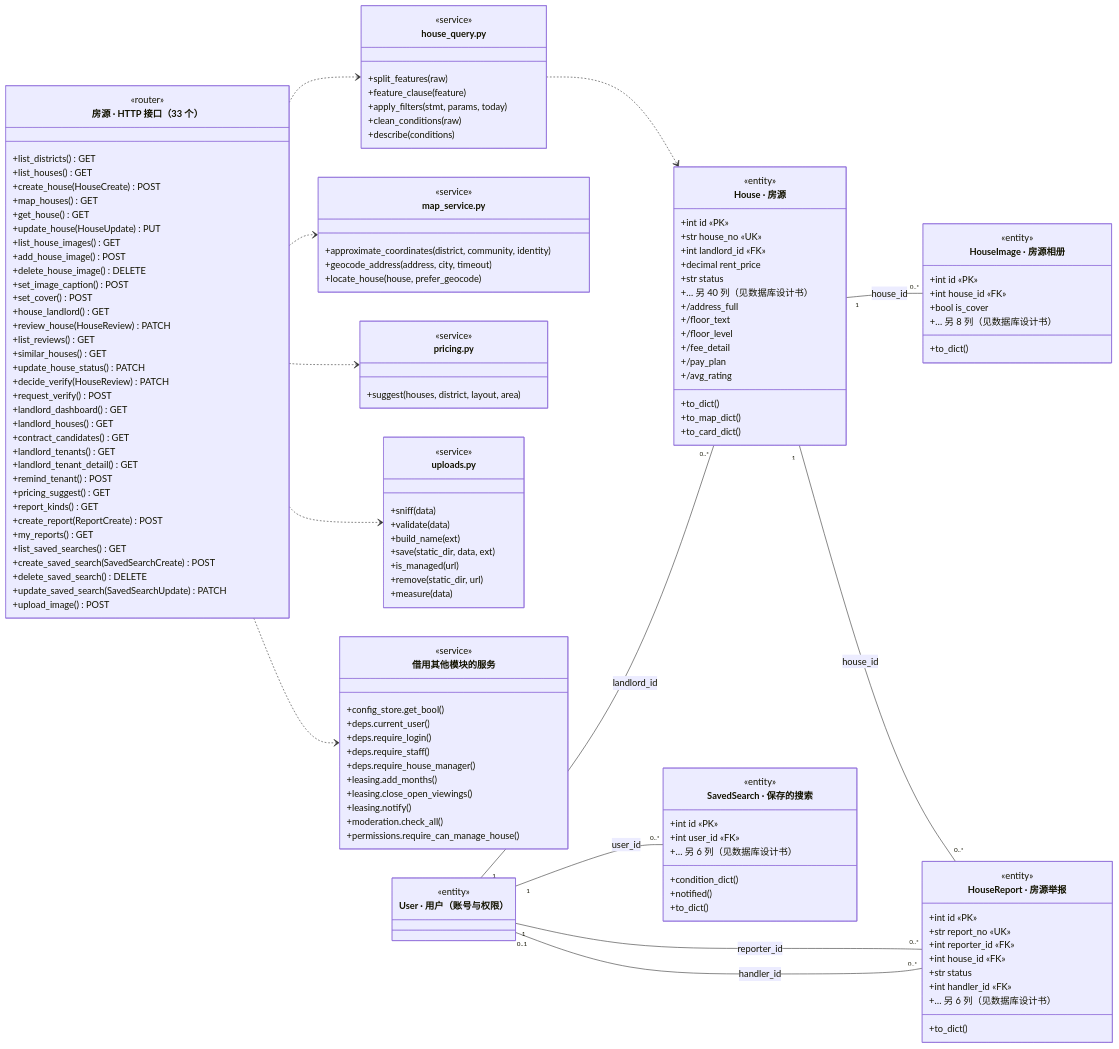
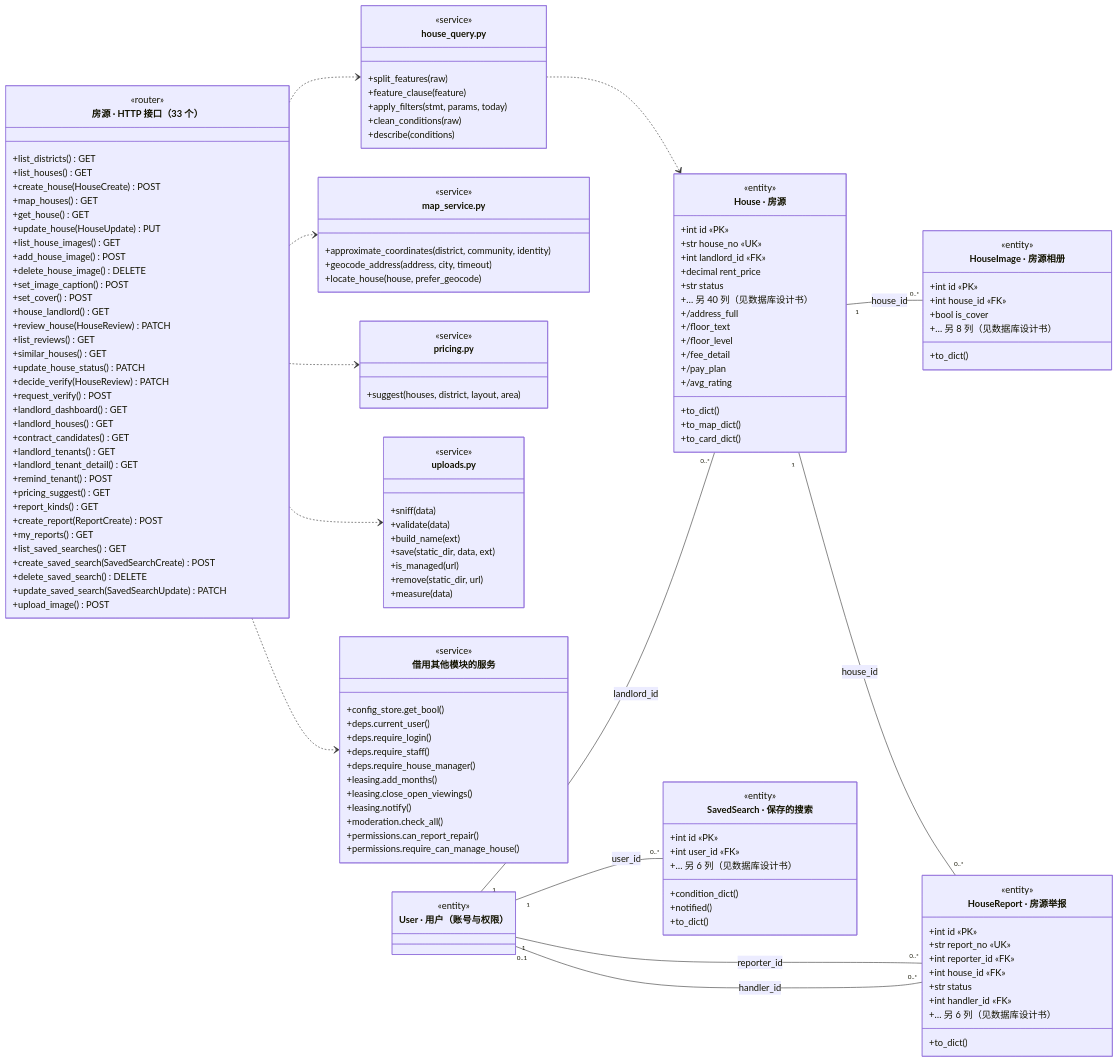
The diagram in docs/图/class_house.mmd (A107586/ai-house-rental), drawn with Mermaid before and after one commit. The commit also changed 32 other files, not shown here.

```diff
--- a/docs/图/class_house.mmd
+++ b/docs/图/class_house.mmd
@@ -1,139 +1,140 @@
 classDiagram
     direction LR
     class Api["房源 · HTTP 接口（33 个）"] {
         <<router>>
         +list_districts() GET
         +list_houses() GET
         +create_house(HouseCreate) POST
         +map_houses() GET
         +get_house() GET
         +update_house(HouseUpdate) PUT
         +list_house_images() GET
         +add_house_image() POST
         +delete_house_image() DELETE
         +set_image_caption() POST
         +set_cover() POST
         +house_landlord() GET
         +review_house(HouseReview) PATCH
         +list_reviews() GET
         +similar_houses() GET
         +update_house_status() PATCH
         +decide_verify(HouseReview) PATCH
         +request_verify() POST
         +landlord_dashboard() GET
         +landlord_houses() GET
         +contract_candidates() GET
         +landlord_tenants() GET
         +landlord_tenant_detail() GET
         +remind_tenant() POST
         +pricing_suggest() GET
         +report_kinds() GET
         +create_report(ReportCreate) POST
         +my_reports() GET
         +list_saved_searches() GET
         +create_saved_search(SavedSearchCreate) POST
         +delete_saved_search() DELETE
         +update_saved_search(SavedSearchUpdate) PATCH
         +upload_image() POST
     }
     class m_house_query["house_query.py"] {
         <<service>>
         +split_features(raw)
         +feature_clause(feature)
         +apply_filters(stmt, params, today)
         +clean_conditions(raw)
         +describe(conditions)
     }
     Api ..> m_house_query
     class m_map_service["map_service.py"] {
         <<service>>
         +approximate_coordinates(district, community, identity)
         +geocode_address(address, city, timeout)
         +locate_house(house, prefer_geocode)
     }
     Api ..> m_map_service
     class m_pricing["pricing.py"] {
         <<service>>
         +suggest(houses, district, layout, area)
     }
     Api ..> m_pricing
     class m_uploads["uploads.py"] {
         <<service>>
         +sniff(data)
         +validate(data)
         +build_name(ext)
         +save(static_dir, data, ext)
         +is_managed(url)
         +remove(static_dir, url)
         +measure(data)
     }
     Api ..> m_uploads
     class m_shared["借用其他模块的服务"] {
         <<service>>
         +config_store.get_bool()
         +deps.current_user()
         +deps.require_login()
         +deps.require_staff()
         +deps.require_house_manager()
         +leasing.add_months()
         +leasing.close_open_viewings()
         +leasing.notify()
         +moderation.check_all()
+        +permissions.can_report_repair()
         +permissions.require_can_manage_house()
     }
     Api ..> m_shared
     class House["House · 房源"] {
         <<entity>>
         +int id «PK»
         +str house_no «UK»
         +int landlord_id «FK»
         +decimal rent_price
         +str status
         +… 另 40 列（见数据库设计书）
         +to_dict()
         +to_map_dict()
         +to_card_dict()
         +/address_full
         +/floor_text
         +/floor_level
         +/fee_detail
         +/pay_plan
         +/avg_rating
     }
     class HouseImage["HouseImage · 房源相册"] {
         <<entity>>
         +int id «PK»
         +int house_id «FK»
         +bool is_cover
         +… 另 8 列（见数据库设计书）
         +to_dict()
     }
     class SavedSearch["SavedSearch · 保存的搜索"] {
         <<entity>>
         +int id «PK»
         +int user_id «FK»
         +… 另 6 列（见数据库设计书）
         +condition_dict()
         +notified()
         +to_dict()
     }
     class HouseReport["HouseReport · 房源举报"] {
         <<entity>>
         +int id «PK»
         +str report_no «UK»
         +int reporter_id «FK»
         +int house_id «FK»
         +str status
         +int handler_id «FK»
         +… 另 6 列（见数据库设计书）
         +to_dict()
     }
     class User["User · 用户（账号与权限）"]
     <<entity>> User
     User "1" -- "0..*" House : landlord_id
     House "1" -- "0..*" HouseImage : house_id
     User "1" -- "0..*" SavedSearch : user_id
     User "1" -- "0..*" HouseReport : reporter_id
     House "1" -- "0..*" HouseReport : house_id
     User "0..1" -- "0..*" HouseReport : handler_id
     m_house_query ..> House
```
